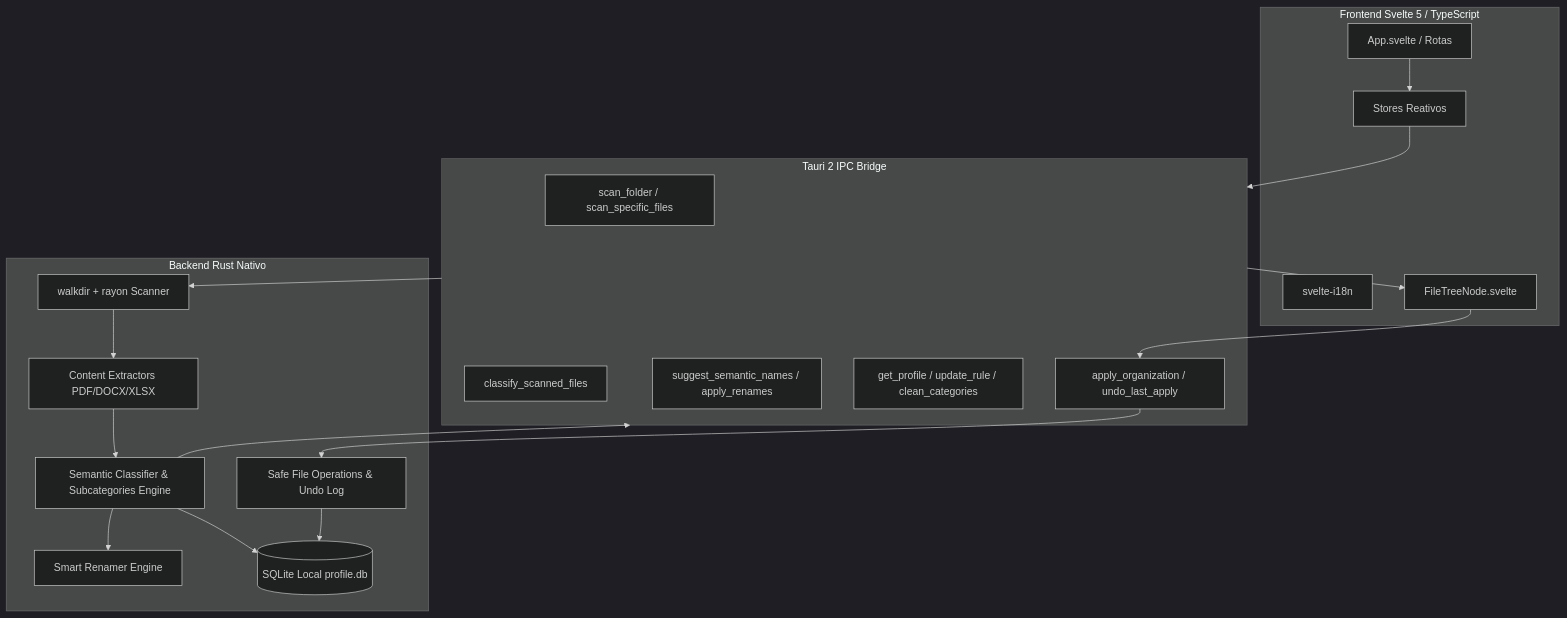
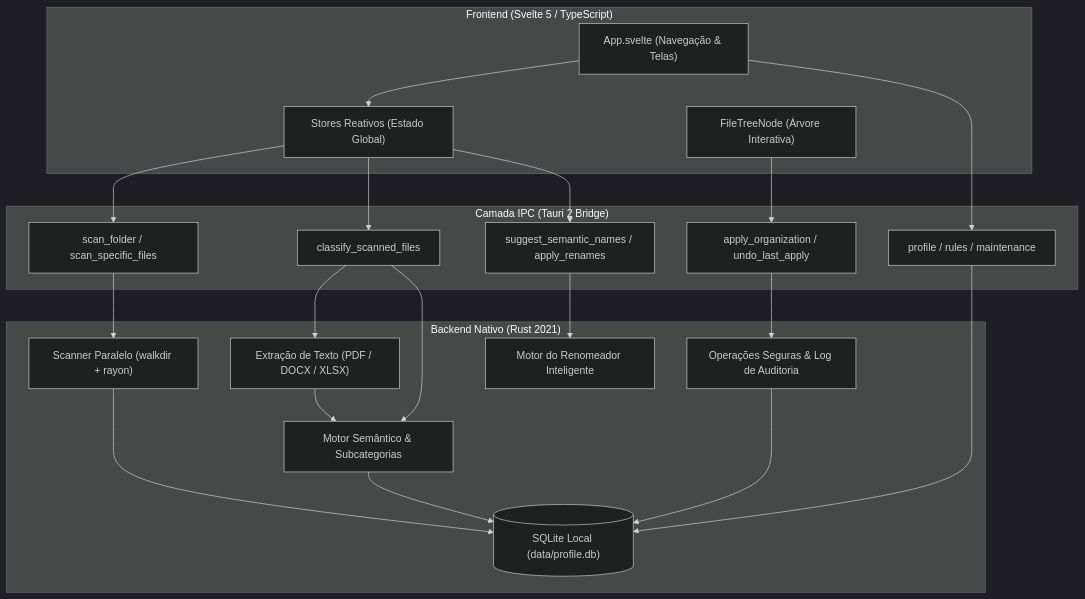
The second of 2 diagrams in README.md (pongitV/Indexo), drawn with Mermaid (dark theme) before and after one commit. The commit also changed other lines of this file and 1 other file, not shown here.

Commit message:
fix(docs): refaz sintaxe dos diagramas Mermaid para total compatibilidade com renderizadores markdown

````diff
--- a/README.md
+++ b/README.md
@@ -112,39 +112,44 @@
 ```mermaid
-graph TD
-    subgraph Frontend [Frontend Svelte 5 / TypeScript]
-        UI[App.svelte / Rotas]
-        ST[Stores Reativos]
-        I18N[svelte-i18n]
-        TREE[FileTreeNode.svelte]
+flowchart TB
+    subgraph FE ["Frontend (Svelte 5 / TypeScript)"]
+        UI["App.svelte (Navegação & Telas)"]
+        ST["Stores Reativos (Estado Global)"]
+        TREE["FileTreeNode (Árvore Interativa)"]
     end
 
-    subgraph IPC [Tauri 2 IPC Bridge]
-        CMD_SCAN[scan_folder / scan_specific_files]
-        CMD_CLASS[classify_scanned_files]
-        CMD_APPLY[apply_organization / undo_last_apply]
-        CMD_RENAME[suggest_semantic_names / apply_renames]
-        CMD_PROF[get_profile / update_rule / clean_categories]
+    subgraph IPC ["Camada IPC (Tauri 2 Bridge)"]
+        CMD_SCAN["scan_folder / scan_specific_files"]
+        CMD_CLASS["classify_scanned_files"]
+        CMD_APPLY["apply_organization / undo_last_apply"]
+        CMD_RENAME["suggest_semantic_names / apply_renames"]
+        CMD_PROF["profile / rules / maintenance"]
     end
 
-    subgraph Backend [Backend Rust Nativo]
-        SCANNER[walkdir + rayon Scanner]
-        EXTRACT[Content Extractors PDF/DOCX/XLSX]
-        ENGINE[Semantic Classifier & Subcategories Engine]
-        RENAMER[Smart Renamer Engine]
-        MOVER[Safe File Operations & Undo Log]
-        DB[(SQLite Local profile.db)]
+    subgraph BE ["Backend Nativo (Rust 2021)"]
+        SCANNER["Scanner Paralelo (walkdir + rayon)"]
+        EXTRACT["Extração de Texto (PDF / DOCX / XLSX)"]
+        ENGINE["Motor Semântico & Subcategorias"]
+        RENAMER["Motor do Renomeador Inteligente"]
+        MOVER["Operações Seguras & Log de Auditoria"]
+        DB[("SQLite Local (data/profile.db)")]
     end
 
     UI --> ST
-    ST --> IPC
-    IPC --> SCANNER
-    SCANNER --> EXTRACT
+    ST --> CMD_SCAN
+    ST --> CMD_CLASS
+    ST --> CMD_RENAME
+    TREE --> CMD_APPLY
+    UI --> CMD_PROF
+
+    CMD_SCAN --> SCANNER
+    CMD_CLASS --> EXTRACT
     EXTRACT --> ENGINE
-    ENGINE --> RENAMER
+    CMD_CLASS --> ENGINE
+    CMD_RENAME --> RENAMER
+    CMD_APPLY --> MOVER
+    CMD_PROF --> DB
+
     ENGINE --> DB
-    ENGINE --> IPC
-    IPC --> TREE
-    TREE --> CMD_APPLY
-    CMD_APPLY --> MOVER
     MOVER --> DB
+    SCANNER --> DB
 ```
````
